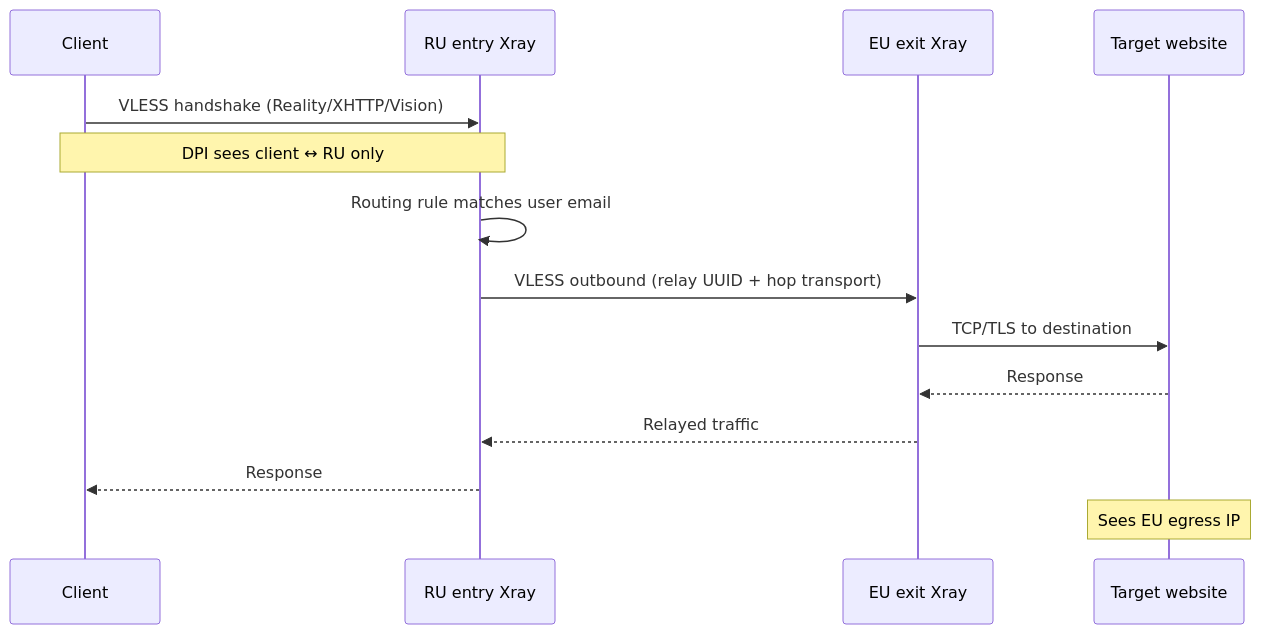
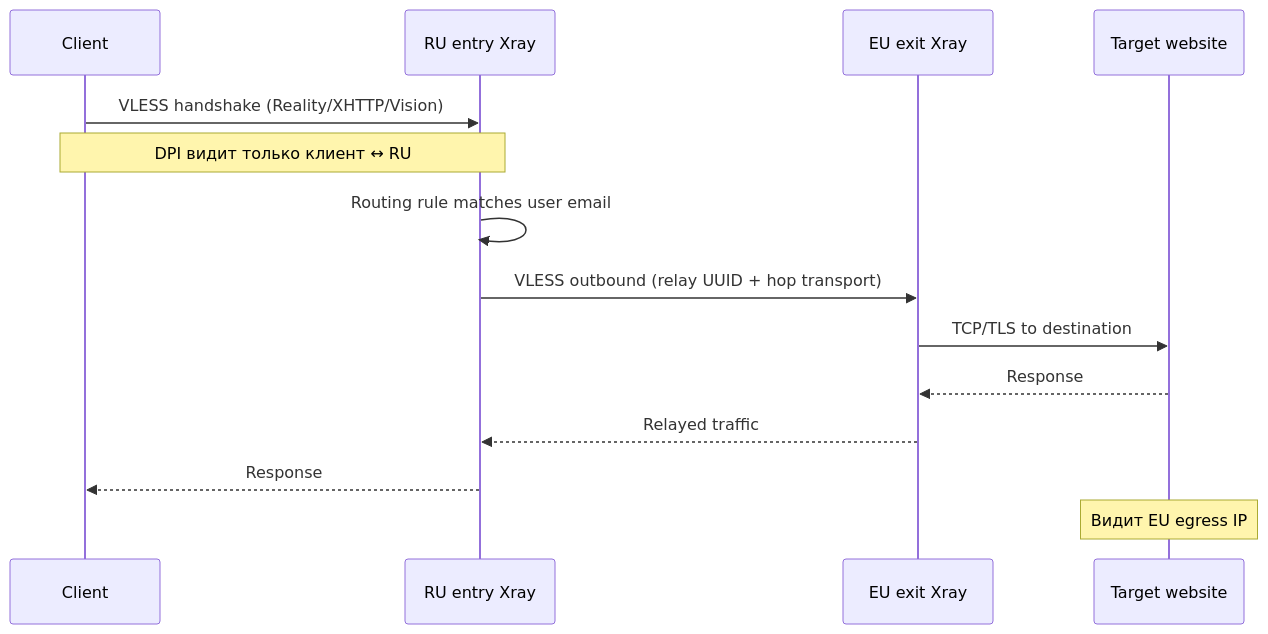
One commit to RioTwWks/proxy-mgr changed the second of 2 diagrams in docs/multihop.ru.md. Above: the diagram before and after it, drawn with Mermaid. The commit also changed other lines of this file, not shown here.

````diff
--- a/docs/multihop.ru.md
+++ b/docs/multihop.ru.md
@@ -66,17 +66,17 @@
 ```mermaid
 sequenceDiagram
   participant Client
   participant RU as RU entry Xray
   participant EU as EU exit Xray
   participant Web as Target website
 
   Client->>RU: VLESS handshake (Reality/XHTTP/Vision)
-  Note over Client,RU: DPI sees client ↔ RU only
+  Note over Client,RU: DPI видит только клиент ↔ RU
   RU->>RU: Routing rule matches user email
   RU->>EU: VLESS outbound (relay UUID + hop transport)
   EU->>Web: TCP/TLS to destination
   Web-->>EU: Response
   EU-->>RU: Relayed traffic
   RU-->>Client: Response
-  Note over Web: Sees EU egress IP
+  Note over Web: Видит EU egress IP
 ```
````
